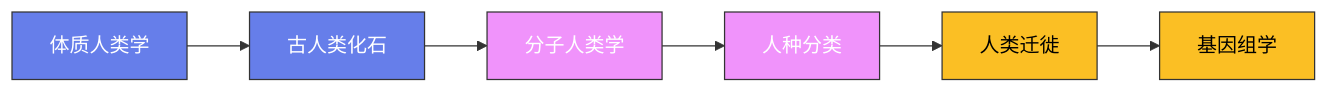
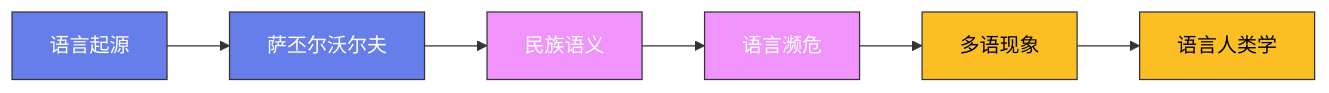
The diagram in content/posts/ModelCreate/人类学/08-宗教人类学.md (Fengur/Fengur.github.io), drawn with Mermaid before and after one commit. The commit also changed other lines of this file and 118 other files, not shown here.

````diff
--- a/content/posts/ModelCreate/人类学/08-宗教人类学.md
+++ b/content/posts/ModelCreate/人类学/08-宗教人类学.md
@@ -21,16 +20,16 @@
 ```mermaid
 graph LR
-    A["体质人类学"] --> B["古人类化石"]
-    B --> C["分子人类学"]
-    C --> D["人种分类"]
-    D --> E["人类迁徙"]
-    E --> F["基因组学"]
+    A["语言起源"] --> B["萨丕尔沃尔夫"]
+    B --> C["民族语义"]
+    C --> D["语言濒危"]
+    D --> E["多语现象"]
+    E --> F["语言人类学"]
 
     classDef early fill:#667eea,stroke:#333,color:white
     classDef mid fill:#f093fb,stroke:#333,color:white
     classDef modern fill:#fbbf24,stroke:#333,color:black
 
     class A,B early
     class C,D mid
     class E,F modern
 ```
````
